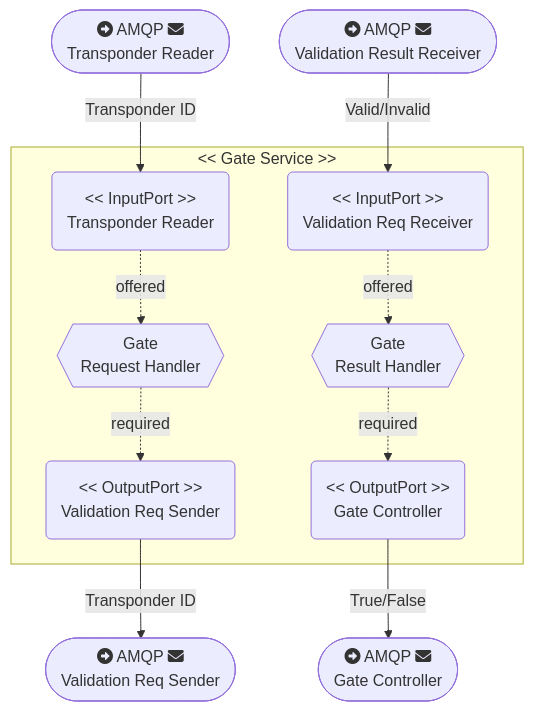
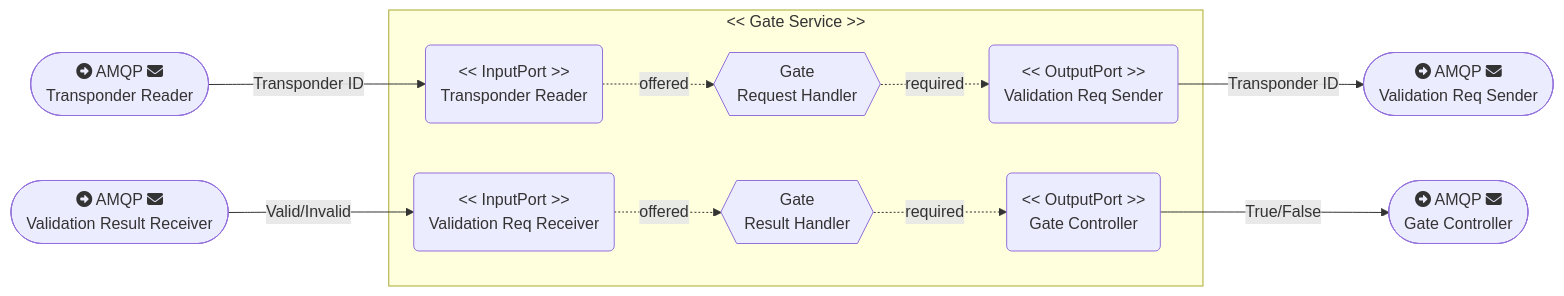
The diagram in diagram/gate-service-flowchart.mmd (jingwenshi-dev/Microservice-Parking-System), drawn with Mermaid before and after one commit. The commit also changed 3 other files, not shown here.

Commit message:
Update diagrams

```diff
--- a/diagram/gate-service-flowchart.mmd
+++ b/diagram/gate-service-flowchart.mmd
@@ -1,23 +1,23 @@
-flowchart
+flowchart LR
 
     AMQPGateController([fa:fa-circle-right AMQP fa:fa-envelope<br> Gate Controller])
     AMQPTransponderReader([fa:fa-circle-right AMQP fa:fa-envelope<br> Transponder Reader])
     AMQPValidationReqSender([fa:fa-circle-right AMQP fa:fa-envelope<br> Validation Req Sender])
     AMQPValidationResultReceiver([fa:fa-circle-right AMQP fa:fa-envelope<br> Validation Result Receiver])
 
     subgraph "<< Gate Service >>"
         TransponderReader("<< InputPort >><br>Transponder Reader")
         PermitValidationReqReceiver("<< InputPort >><br>Validation Req Receiver")
         PermitValidationReqSender("<< OutputPort >><br>Validation Req Sender")
         GateController("<< OutputPort >><br>Gate Controller")
         GateReqHandler{{"Gate <br> Request Handler"}}
         GateResultHandler{{"Gate <br> Result Handler"}}
     end
 
     AMQPTransponderReader -- Transponder ID --> TransponderReader
     AMQPValidationResultReceiver -- Valid/Invalid --> PermitValidationReqReceiver
     PermitValidationReqSender -- Transponder ID --> AMQPValidationReqSender
     GateController -- True/False --> AMQPGateController
 
     TransponderReader -. offered .-> GateReqHandler -. required .-> PermitValidationReqSender
     PermitValidationReqReceiver -. offered .-> GateResultHandler -. required .-> GateController
```
